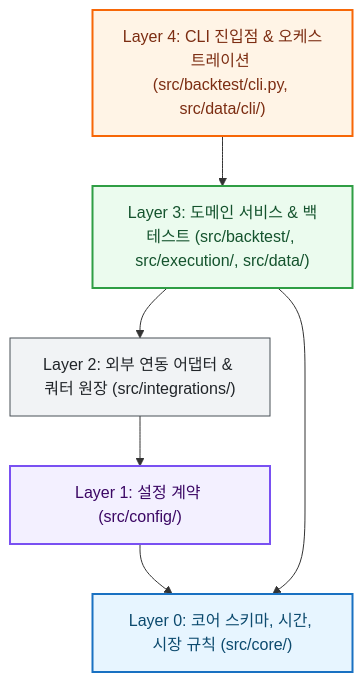
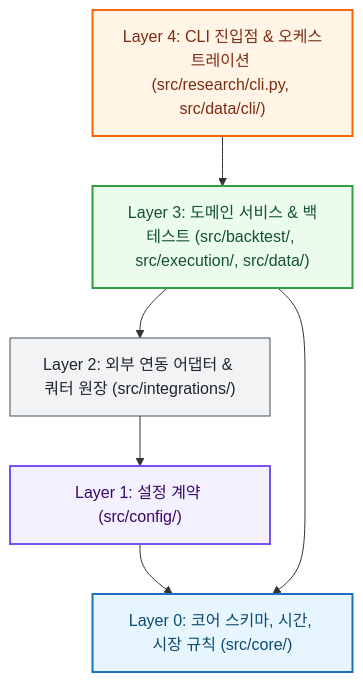
One commit to KTHYEONG/k-stock-engine changed the fifth of 5 diagrams in docs/architecture/system-design.md. Above: the diagram before and after it, drawn with Mermaid. The commit also changed other lines of this file and 55 other files, not shown here.

````diff
--- a/docs/architecture/system-design.md
+++ b/docs/architecture/system-design.md
@@ -146,20 +146,20 @@
 ```mermaid
 flowchart TD
     classDef l4 fill:#fff4e6,stroke:#f76707,stroke-width:2px,color:#7c2d12;
     classDef l3 fill:#ebfbee,stroke:#2f9e44,stroke-width:2px,color:#14532d;
     classDef l2 fill:#f1f3f5,stroke:#495057,stroke-width:1px,color:#212529;
     classDef l1 fill:#f3f0ff,stroke:#7950f2,stroke-width:2px,color:#3b0764;
     classDef l0 fill:#e7f5ff,stroke:#1971c2,stroke-width:2px,color:#0c4a6e;
 
-    L4["Layer 4: CLI 진입점 & 오케스트레이션 (src/backtest/cli.py, src/data/cli/)"]:::l4
+    L4["Layer 4: CLI 진입점 & 오케스트레이션 (src/research/cli.py, src/data/cli/)"]:::l4
     L3["Layer 3: 도메인 서비스 & 백테스트 (src/backtest/, src/execution/, src/data/)"]:::l3
     L2["Layer 2: 외부 연동 어댑터 & 쿼터 원장 (src/integrations/)"]:::l2
     L1["Layer 1: 설정 계약 (src/config/)"]:::l1
     L0["Layer 0: 코어 스키마, 시간, 시장 규칙 (src/core/)"]:::l0
 
     L4 --> L3
     L3 --> L2
     L2 --> L1
     L1 --> L0
     L3 --> L0
 ```
````
